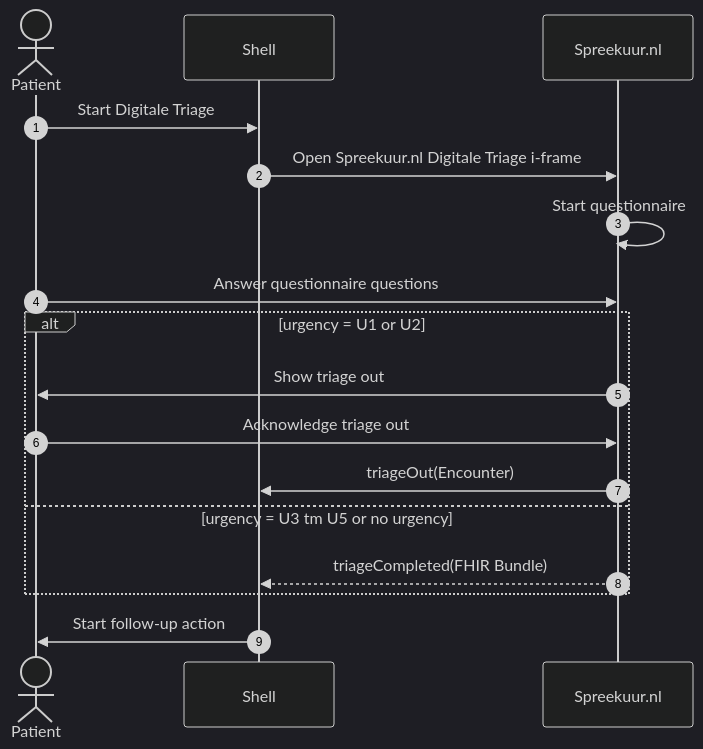
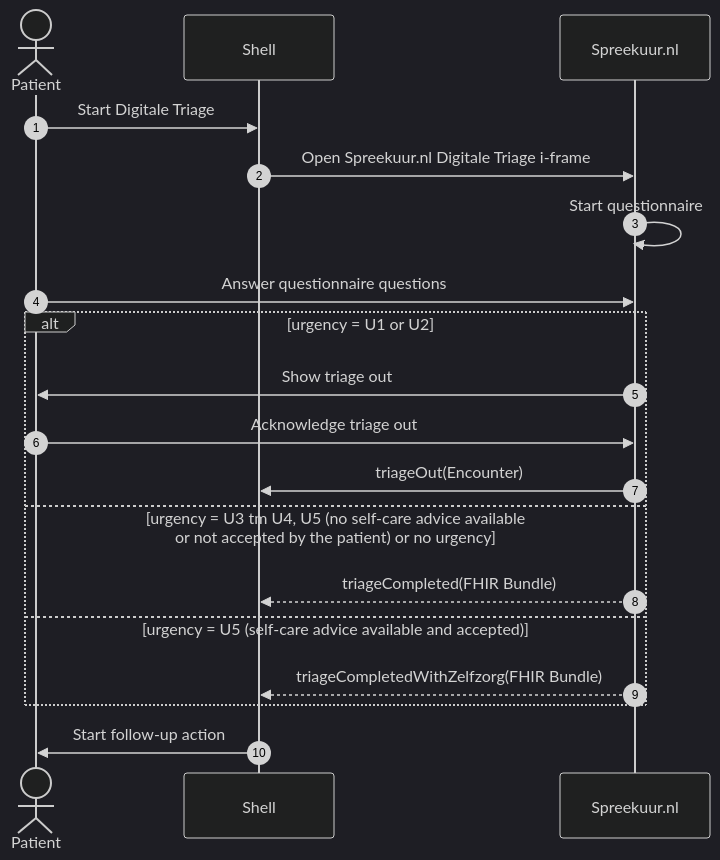
Before and after one commit to topicushealthcare/spreekuur-docs: the diagram in docs/features/digitale-triage/digitale-triage.md, drawn with Mermaid (dark theme). The commit also changed other lines of this file, not shown here.

Commit message:
SCON-9587 Externe triage docs update

````diff
--- a/docs/features/digitale-triage/digitale-triage.md
+++ b/docs/features/digitale-triage/digitale-triage.md
@@ -16,20 +16,22 @@
 ```mermaid
 sequenceDiagram
     autonumber
     actor P as Patient
     participant shell as Shell
     participant SU as Spreekuur.nl
 
     P->>shell: Start Digitale Triage
     shell->>SU: Open Spreekuur.nl Digitale Triage i-frame
     SU->>SU: Start questionnaire
     P->>SU: Answer questionnaire questions
     alt urgency = U1 or U2
         SU->>P: Show triage out
         P->>SU: Acknowledge triage out
         SU->>shell: triageOut(Encounter)
-    else urgency = U3 tm U5 or no urgency
+    else urgency = U3 tm U4, U5 (no self-care advice available or not accepted by the patient) or no urgency
         SU-->>shell: triageCompleted(FHIR Bundle)
+    else urgency = U5 (self-care advice available and accepted)
+        SU-->>shell: triageCompletedWithZelfzorg(FHIR Bundle)    
     end
     shell->>P: Start follow-up action
 ```
````
